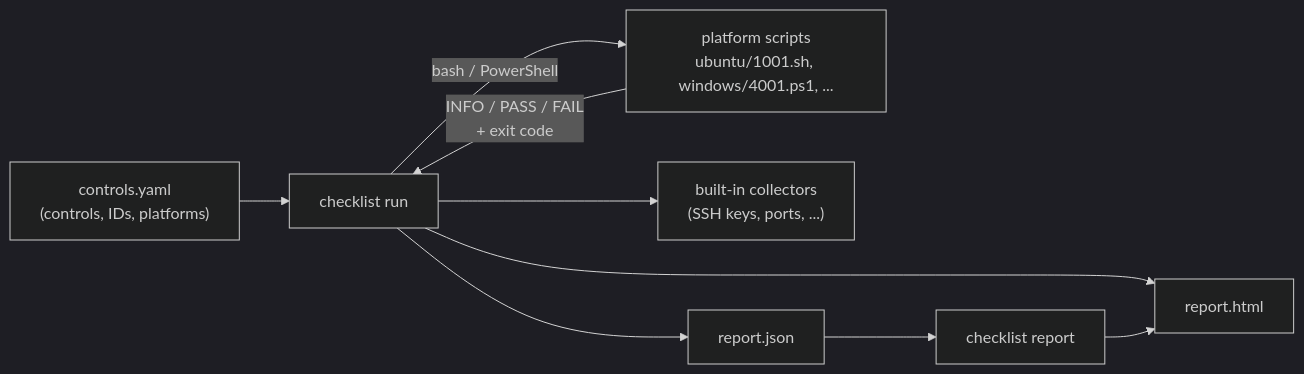
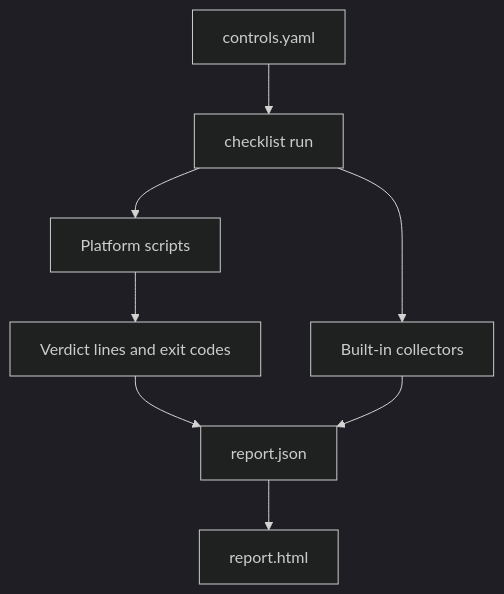
Before and after one commit to Khanh1916/secbaseline: the diagram in README.md, drawn with Mermaid (dark theme).

Commit message:
README: use a vertical diagram so labels are not clipped

````diff
--- a/README.md
+++ b/README.md
@@ -79,10 +79,10 @@
 ```mermaid
-flowchart LR
-    catalog["controls.yaml<br/>(controls, IDs, platforms)"] --> run["checklist run"]
-    run -- "bash / PowerShell" --> scripts["platform scripts<br/>ubuntu/1001.sh, windows/4001.ps1, ..."]
-    scripts -- "INFO / PASS / FAIL<br/>+ exit code" --> run
-    run --> collectors["built-in collectors<br/>(SSH keys, ports, ...)"]
-    run --> json["report.json"]
-    run --> html["report.html"]
-    json --> report["checklist report"] --> html
+flowchart TD
+    catalog["controls.yaml"] --> run["checklist run"]
+    run --> scripts["Platform scripts"]
+    run --> collectors["Built-in collectors"]
+    scripts --> verdicts["Verdict lines and exit codes"]
+    verdicts --> json["report.json"]
+    collectors --> json
+    json --> html["report.html"]
 ```
````
